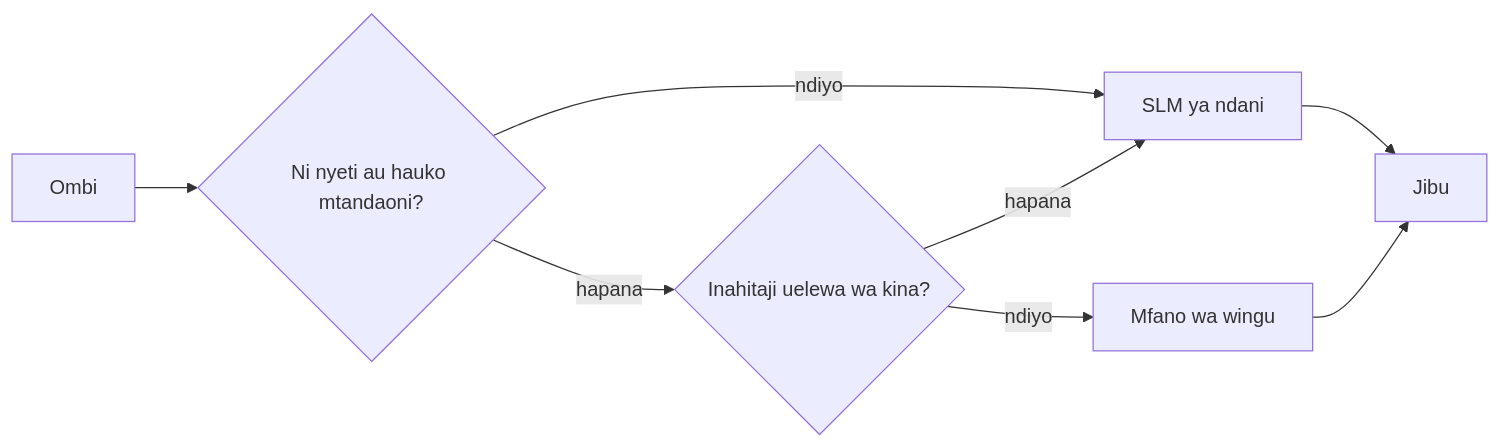
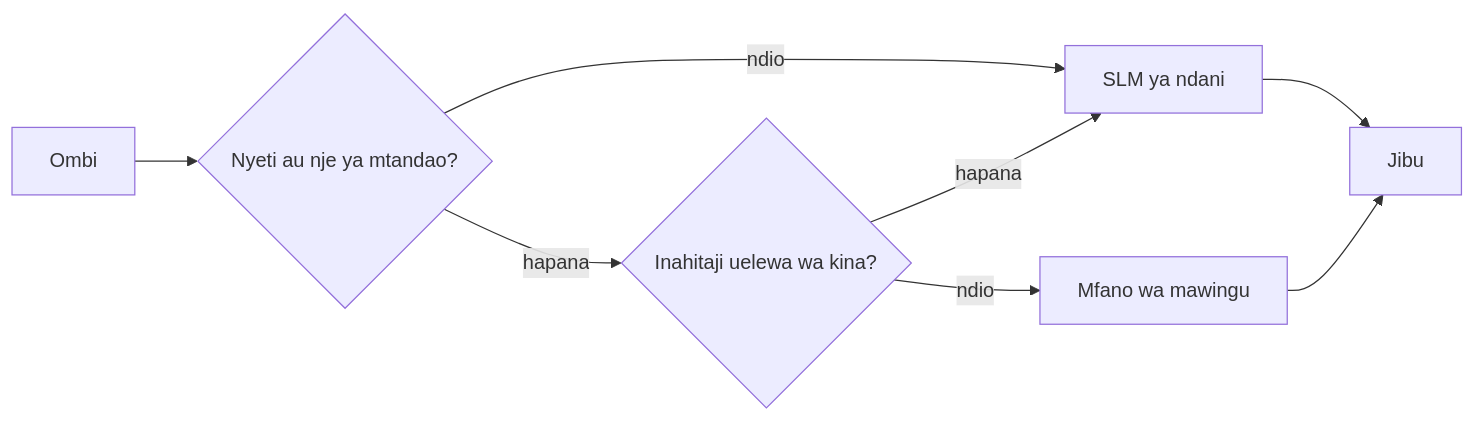
Before and after one commit to microsoft/ai-agents-for-beginners: the fourth of 4 diagrams in translations/sw/17-creating-local-ai-agents/README.md, drawn with Mermaid. The commit also changed other lines of this file and 47 other files, not shown here.

````diff
--- a/translations/sw/17-creating-local-ai-agents/README.md
+++ b/translations/sw/17-creating-local-ai-agents/README.md
@@ -156,10 +156,10 @@
 ```mermaid
 flowchart LR
-    Q[Ombi] --> S{Ni nyeti au hauko mtandaoni?}
-    S -->|ndiyo| L[SLM ya ndani]
+    Q[Ombi] --> S{Nyeti au nje ya mtandao?}
+    S -->|ndio| L[SLM ya ndani]
     S -->|hapana| C{Inahitaji uelewa wa kina?}
     C -->|hapana| L
-    C -->|ndiyo| Cloud[Mfano wa wingu]
+    C -->|ndio| Cloud[Mfano wa mawingu]
     L --> Out[Jibu]
     Cloud --> Out
 ```
````
